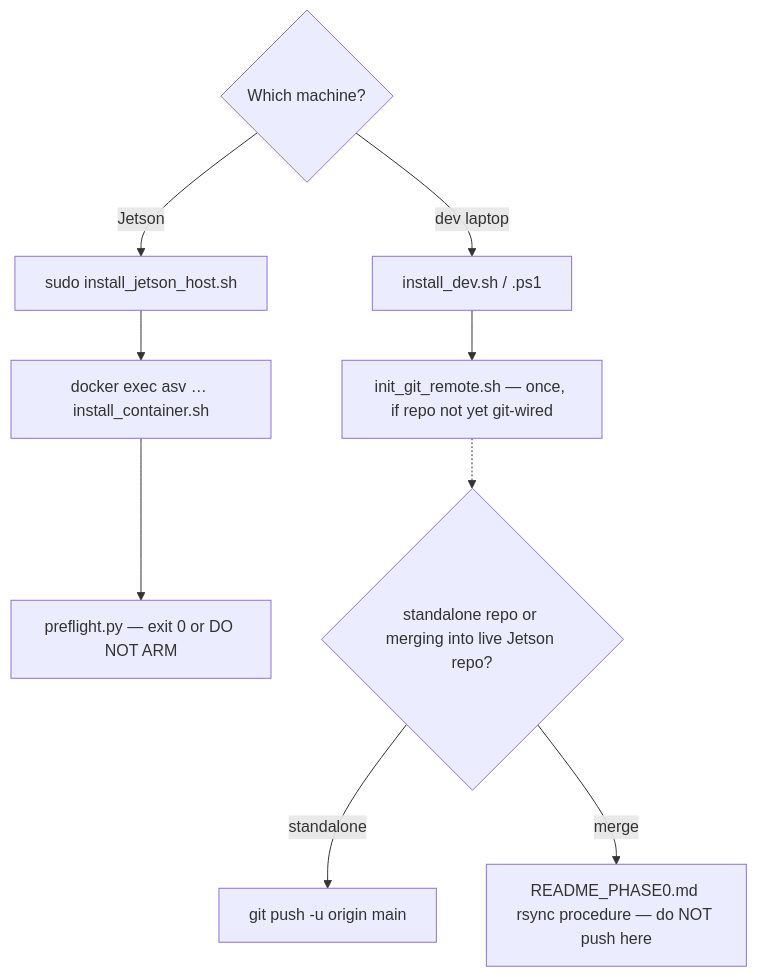
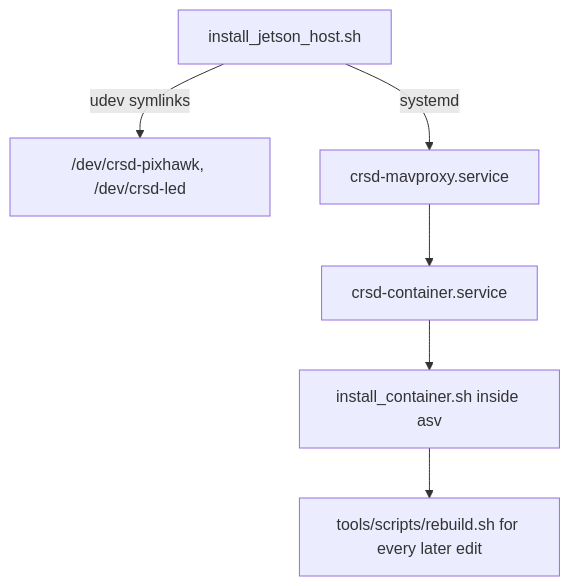
One commit to InspirationRobotics/rx26_asv changed the diagram in setup/README.md. Above: the diagram before and after it, drawn with Mermaid. The commit also changed other lines of this file and 119 other files, not shown here.

````diff
--- a/setup/README.md
+++ b/setup/README.md
@@ -15,11 +15,8 @@
 ```mermaid
 flowchart TD
-    A{Which machine?} -->|dev laptop| D[install_dev.sh / .ps1]
-    A -->|Jetson| H[sudo install_jetson_host.sh]
-    H --> C[docker exec asv … install_container.sh]
-    C --> P[preflight.py — exit 0 or DO NOT ARM]
-    D --> G[init_git_remote.sh — once, if repo not yet git-wired]
-    G -.-> M{standalone repo or merging into live Jetson repo?}
-    M -->|standalone| PUSH[git push -u origin main]
-    M -->|merge| R[README_PHASE0.md rsync procedure — do NOT push here]
+    H[install_jetson_host.sh] -->|udev symlinks| D["/dev/crsd-pixhawk, /dev/crsd-led"]
+    H -->|systemd| M[crsd-mavproxy.service]
+    M --> C[crsd-container.service]
+    C --> I[install_container.sh inside asv]
+    I --> R[tools/scripts/rebuild.sh for every later edit]
 ```
````
